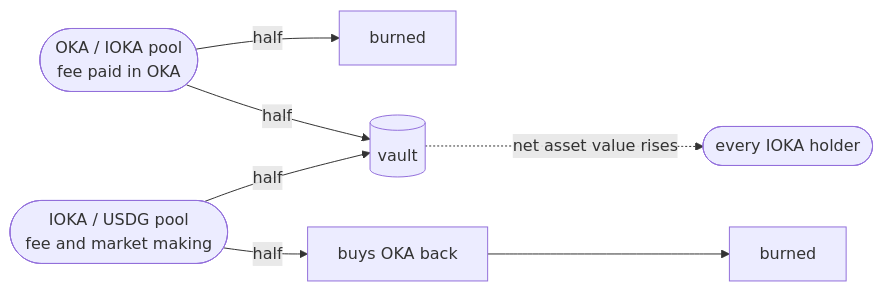
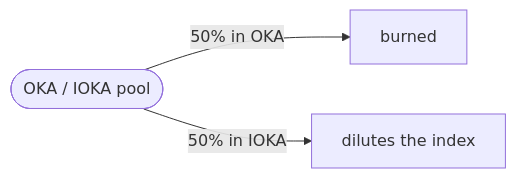
The second of 3 diagrams in concepts/tokens.mdx (8digitsLabs/docs), drawn with Mermaid before and after one commit. The commit also changed other lines of this file and 9 other files, not shown here.

````diff
--- a/concepts/tokens.mdx
+++ b/concepts/tokens.mdx
@@ -88,9 +78,5 @@
 ```mermaid
 flowchart LR
-  P1(["OKA / IOKA pool<br/>fee paid in OKA"]) -->|"half"| BURN1["burned"]
-  P1 -->|"half"| VAULT[("vault")]
-  P2(["IOKA / USDG pool<br/>fee and market making"]) -->|"half"| BUY["buys OKA back"]
-  P2 -->|"half"| VAULT
-  BUY --> BURN2["burned"]
-  VAULT -.->|"net asset value rises"| HOLD(["every IOKA holder"])
+  P1(["OKA / IOKA pool"]) -->|"50% in OKA"| BURN["burned"]
+  P1 -->|"50% in IOKA"| DIL["dilutes the index"]
 ```
````
